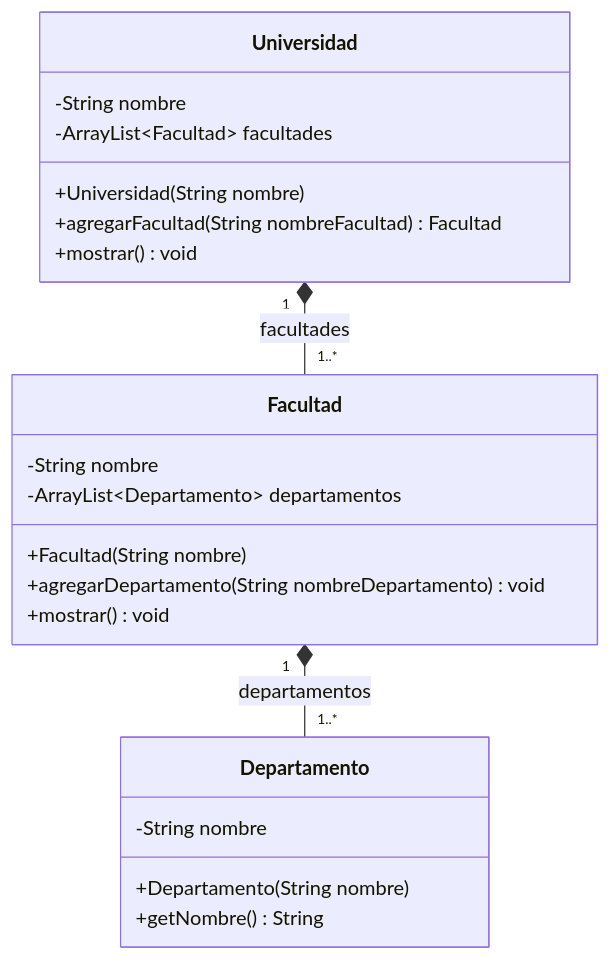
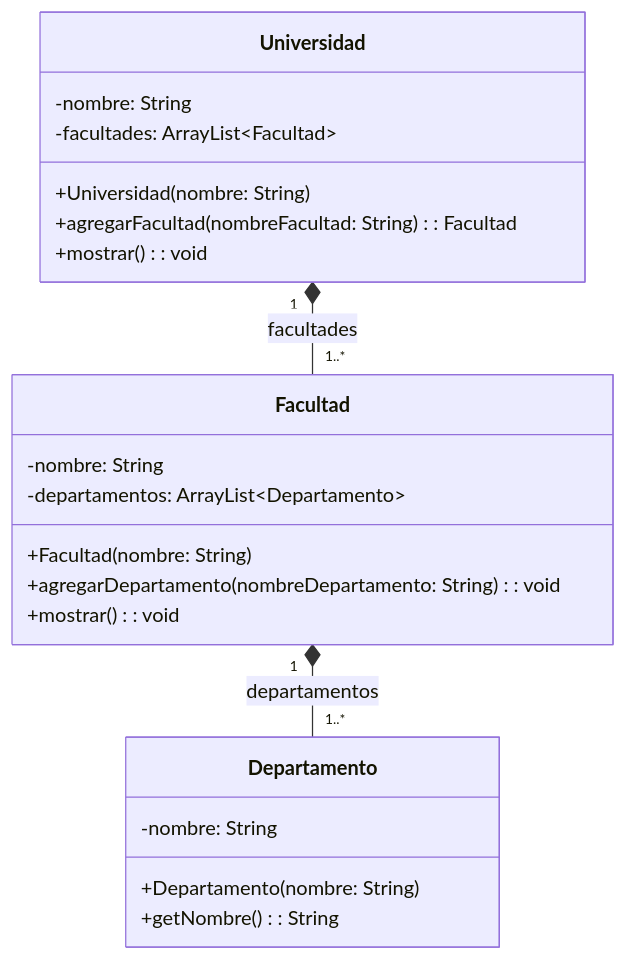
Before and after one commit to CursosProgramacionEP/USIL_SEMANA10: the seventh of 11 diagrams in README.md, drawn with Mermaid. The commit also changed other lines of this file and 1 other file, not shown here.

First line of the commit message:
Diagramas UML en notacion estandar (nombre: Tipo) en README y PRACTICAS_CLASE

````diff
--- a/README.md
+++ b/README.md
@@ -261,24 +261,24 @@
 ```mermaid
 classDiagram
     class Universidad {
-        -String nombre
-        -ArrayList~Facultad~ facultades
-        +Universidad(String nombre)
-        +agregarFacultad(String nombreFacultad) Facultad
-        +mostrar() void
+        -nombre: String
+        -facultades: ArrayList~Facultad~
+        +Universidad(nombre: String)
+        +agregarFacultad(nombreFacultad: String) : Facultad
+        +mostrar() : void
     }
     class Facultad {
-        -String nombre
-        -ArrayList~Departamento~ departamentos
-        +Facultad(String nombre)
-        +agregarDepartamento(String nombreDepartamento) void
-        +mostrar() void
+        -nombre: String
+        -departamentos: ArrayList~Departamento~
+        +Facultad(nombre: String)
+        +agregarDepartamento(nombreDepartamento: String) : void
+        +mostrar() : void
     }
     class Departamento {
-        -String nombre
-        +Departamento(String nombre)
-        +getNombre() String
+        -nombre: String
+        +Departamento(nombre: String)
+        +getNombre() : String
     }
     Universidad "1" *-- "1..*" Facultad : facultades
     Facultad "1" *-- "1..*" Departamento : departamentos
 ```
````
